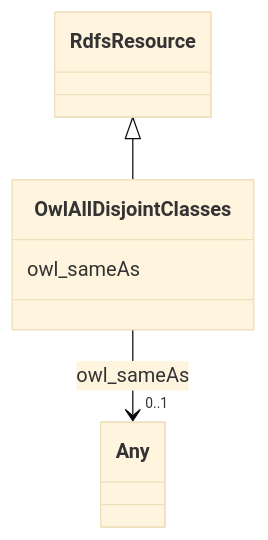
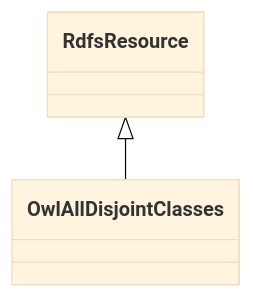
The diagram in fio-kg/classes/OwlAllDisjointClasses.md (frink-okn/graph-descriptions), drawn with Mermaid (base theme) before and after one commit. The commit also changed other lines of this file and 447 other files, not shown here.

````diff
--- a/fio-kg/classes/OwlAllDisjointClasses.md
+++ b/fio-kg/classes/OwlAllDisjointClasses.md
@@ -23,18 +21,9 @@
 ```mermaid
  classDiagram
     class OwlAllDisjointClasses
     click OwlAllDisjointClasses href "../OwlAllDisjointClasses"
       RdfsResource <|-- OwlAllDisjointClasses
         click RdfsResource href "../RdfsResource"
       
-      OwlAllDisjointClasses : owl_sameAs
-        
-          
-    
-    
-    OwlAllDisjointClasses --> "0..1" Any : owl_sameAs
-    click Any href "../Any"
-
-        
       
 ```
````
